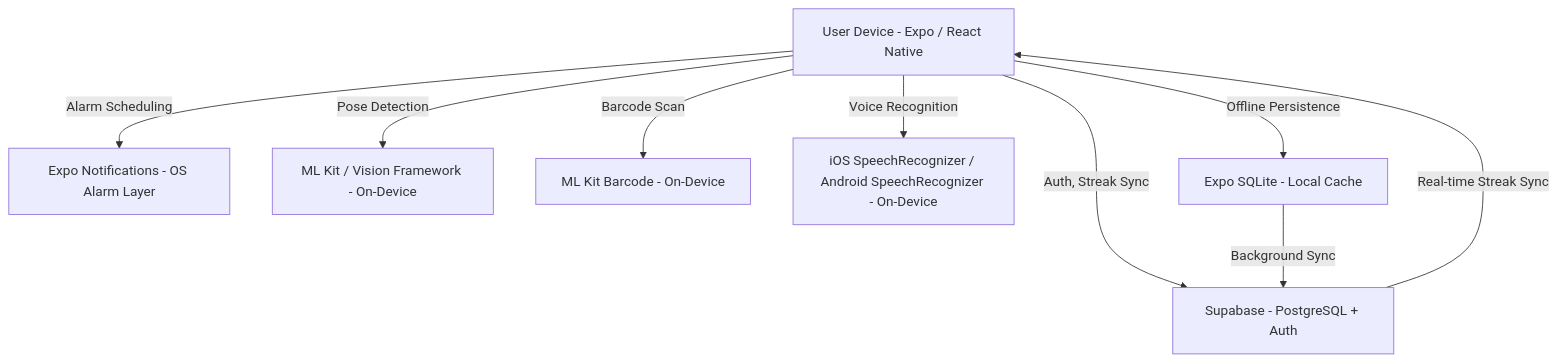
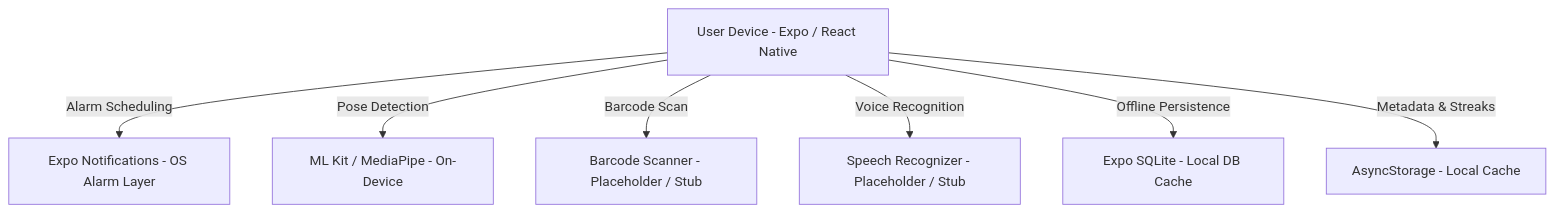
The diagram in docs/sdd-drowzi.md (delatorrecj/drowzi), drawn with Mermaid before and after one commit. The commit also changed other lines of this file and 6 other files, not shown here.

First line of the commit message:
docs: align architecture suite with local-only offline-first design

````diff
--- a/docs/sdd-drowzi.md
+++ b/docs/sdd-drowzi.md
@@ -32,11 +27,9 @@
 ```mermaid
 graph TD
-    A[User Device - Expo / React Native] -->|Auth, Streak Sync| B[Supabase - PostgreSQL + Auth]
-    A -->|Alarm Scheduling| C[Expo Notifications - OS Alarm Layer]
-    A -->|Pose Detection| D[ML Kit / Vision Framework - On-Device]
-    A -->|Barcode Scan| E[ML Kit Barcode - On-Device]
-    A -->|Voice Recognition| F[iOS SpeechRecognizer / Android SpeechRecognizer - On-Device]
-    A -->|Offline Persistence| G[Expo SQLite - Local Cache]
-    G -->|Background Sync| B
-    B -->|Real-time Streak Sync| A
+    A[User Device - Expo / React Native] -->|Alarm Scheduling| C[Expo Notifications - OS Alarm Layer]
+    A -->|Pose Detection| D[ML Kit / MediaPipe - On-Device]
+    A -->|Barcode Scan| E[Barcode Scanner - Placeholder / Stub]
+    A -->|Voice Recognition| F[Speech Recognizer - Placeholder / Stub]
+    A -->|Offline Persistence| G[Expo SQLite - Local DB Cache]
+    A -->|Metadata & Streaks| H[AsyncStorage - Local Cache]
 ```
````
